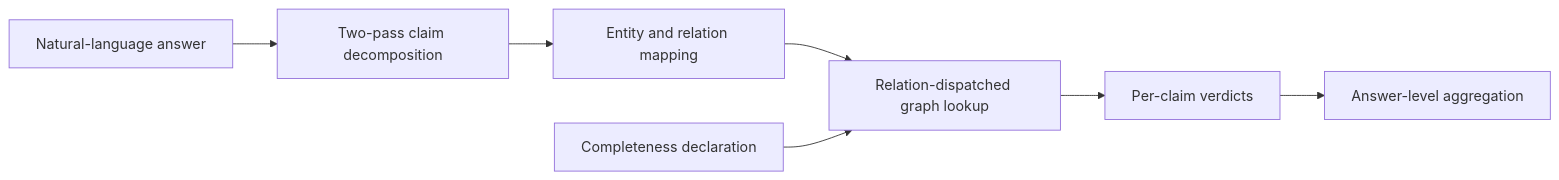
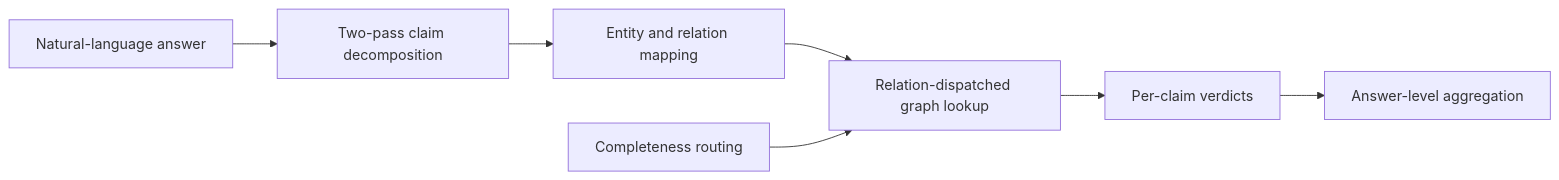
The diagram in docs/architecture/methodology.md (tminhquang00/factverification), drawn with Mermaid before and after one commit. The commit also changed other lines of this file and 23 other files, not shown here.

````diff
--- a/docs/architecture/methodology.md
+++ b/docs/architecture/methodology.md
@@ -31,9 +31,9 @@
 ```mermaid
 flowchart LR
     A["Natural-language answer"] --> B["Two-pass claim decomposition"]
     B --> C["Entity and relation mapping"]
     C --> D["Relation-dispatched graph lookup"]
-    E["Completeness declaration"] --> D
+    E["Completeness routing"] --> D
     D --> F["Per-claim verdicts"]
     F --> G["Answer-level aggregation"]
 ```
````
